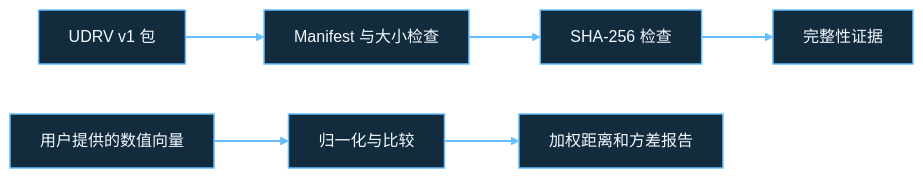
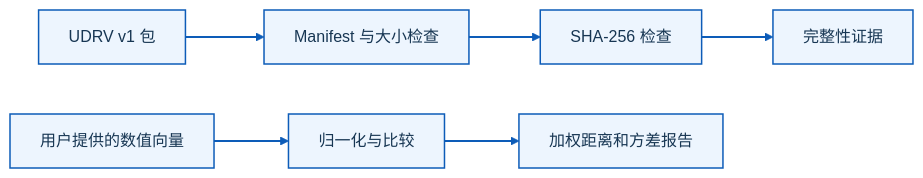
One commit to Ivan-VHS/OPlague changed the second of 2 diagrams in README.zh-CN.md. Above: the diagram before and after it, drawn with Mermaid. The commit also changed other lines of this file, not shown here.

Commit message:
docs: match diagram colors to OPlague UI

````diff
--- a/README.zh-CN.md
+++ b/README.zh-CN.md
@@ -46,11 +46,11 @@
 ```mermaid
 flowchart LR
     A[UDRV v1 包] --> B[Manifest 与大小检查]
     B --> C[SHA-256 检查]
     C --> D[完整性证据]
     E[用户提供的数值向量] --> F[归一化与比较]
     F --> G[加权距离和方差报告]
-  classDef readmeNode fill:#122B3D,stroke:#65BFFF,color:#F4FAFF,stroke-width:1.5px;
+  classDef readmeNode fill:#EDF5FE,stroke:#0D5CB8,color:#173653,stroke-width:1.5px;
   class A,B,C,D,E,F,G readmeNode;
-  linkStyle default stroke:#65BFFF,stroke-width:1.8px;
+  linkStyle default stroke:#0D5CB8,stroke-width:1.8px;
 ```
````
